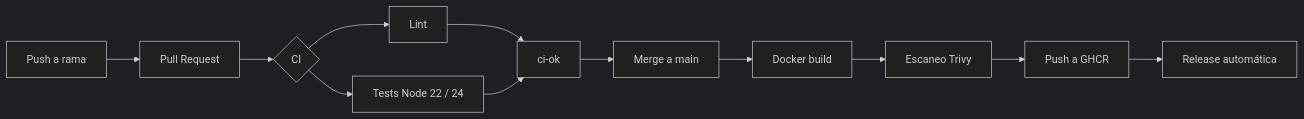
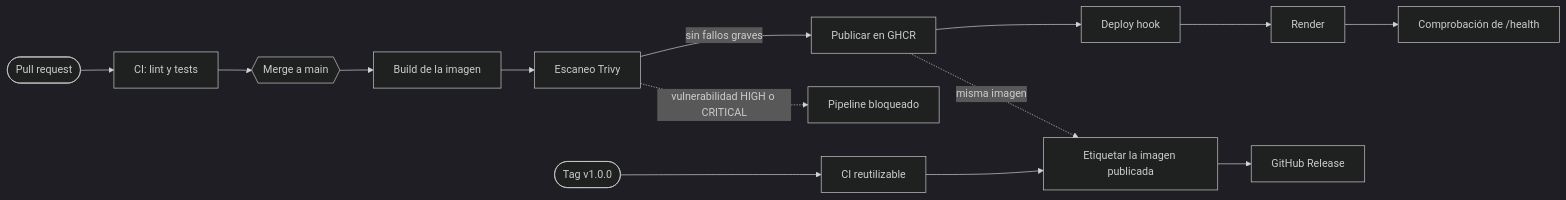
Before and after one commit to VictorPinero21/github-actions-pipeline: the first of 2 diagrams in README.md, drawn with Mermaid (dark theme). The commit also changed other lines of this file, not shown here.

First line of the commit message:
Enhance README with updated pipeline details

````diff
--- a/README.md
+++ b/README.md
@@ -10,14 +13,17 @@
 ```mermaid
 flowchart LR
-    A[Push a rama] --> B[Pull Request]
-    B --> C{CI}
-    C --> C1[Lint]
-    C --> C2[Tests Node 22 / 24]
-    C1 --> D[ci-ok]
-    C2 --> D
-    D --> E[Merge a main]
-    E --> F[Docker build]
-    F --> G[Escaneo Trivy]
-    G --> H[Push a GHCR]
-    H --> I[Release automática]
+    A(["Pull request"]) --> B["CI: lint y tests"]
+    B --> C{{"Merge a main"}}
+    C --> D["Build de la imagen"]
+    D --> E["Escaneo Trivy"]
+    E -->|sin fallos graves| F["Publicar en GHCR"]
+    E -.->|vulnerabilidad HIGH o CRITICAL| X["Pipeline bloqueado"]
+    F --> G["Deploy hook"]
+    G --> H["Render"]
+    H --> I["Comprobación de /health"]
+
+    K(["Tag v1.0.0"]) --> L["CI reutilizable"]
+    L --> M["Etiquetar la imagen publicada"]
+    M --> N["GitHub Release"]
+    F -.->|misma imagen| M
 ```
````
